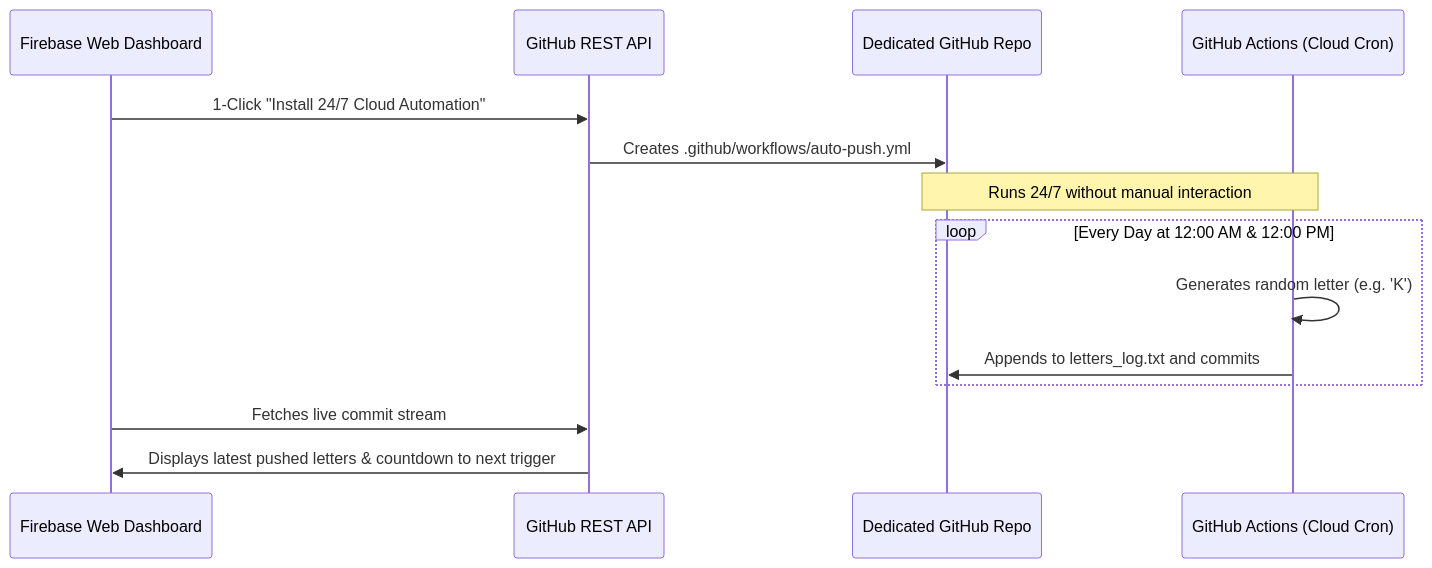
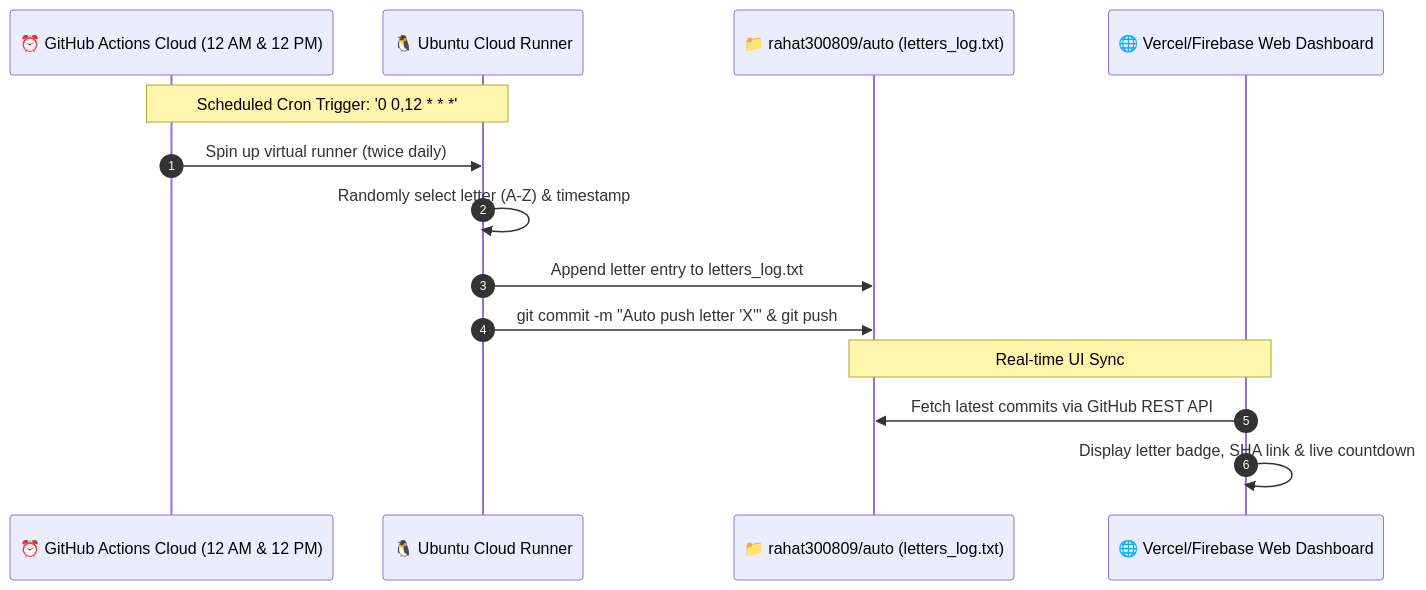
One commit to rahat300809/auto changed the diagram in README.md. Above: the diagram before and after it, drawn with Mermaid. The commit also changed other lines of this file, not shown here.

````diff
--- a/README.md
+++ b/README.md
@@ -84,19 +33,18 @@
 ```mermaid
 sequenceDiagram
-    participant User as Firebase Web Dashboard
-    participant GH_API as GitHub REST API
-    participant Repo as Dedicated GitHub Repo
-    participant GH_Actions as GitHub Actions (Cloud Cron)
+    autonumber
+    participant GitHubCron as ⏰ GitHub Actions Cloud (12 AM & 12 PM)
+    participant Runner as 🐧 Ubuntu Cloud Runner
+    participant Repo as 📁 rahat300809/auto (letters_log.txt)
+    participant Dashboard as 🌐 Vercel/Firebase Web Dashboard
 
-    User->>GH_API: 1-Click "Install 24/7 Cloud Automation"
-    GH_API->>Repo: Creates .github/workflows/auto-push.yml
+    Note over GitHubCron,Runner: Scheduled Cron Trigger: '0 0,12 * * *'
+    GitHubCron->>Runner: Spin up virtual runner (twice daily)
+    Runner->>Runner: Randomly select letter (A-Z) & timestamp
+    Runner->>Repo: Append letter entry to letters_log.txt
+    Runner->>Repo: git commit -m "Auto push letter 'X'" & git push
     
-    Note over GH_Actions,Repo: Runs 24/7 without manual interaction
-    loop Every Day at 12:00 AM & 12:00 PM
-        GH_Actions->>GH_Actions: Generates random letter (e.g. 'K')
-        GH_Actions->>Repo: Appends to letters_log.txt and commits
-    end
-
-    User->>GH_API: Fetches live commit stream
-    GH_API->>User: Displays latest pushed letters & countdown to next trigger
+    Note over Repo,Dashboard: Real-time UI Sync
+    Dashboard->>Repo: Fetch latest commits via GitHub REST API
+    Dashboard->>Dashboard: Display letter badge, SHA link & live countdown
 ```
````
